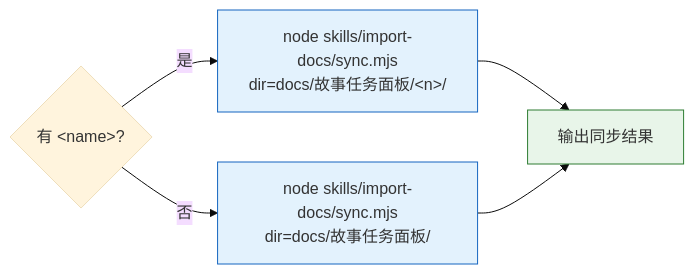
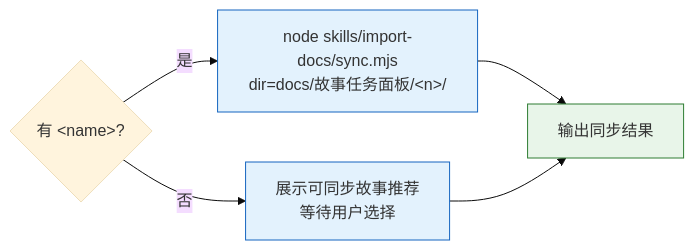
Before and after one commit to effiy/YrY: the eighth of 12 diagrams in skills/rui-story/SKILL.md, drawn with Mermaid (base theme). The commit also changed other lines of this file and 6 other files, not shown here.

````diff
--- a/skills/rui-story/SKILL.md
+++ b/skills/rui-story/SKILL.md
@@ -240,10 +216,10 @@
 ```mermaid
 flowchart LR
     Q{"有 &lt;name&gt;?"} -->|"是"| SCOPED["node skills/import-docs/sync.mjs<br/>dir=docs/故事任务面板/&lt;n&gt;/"]:::op
-    Q -->|"否"| ALL["node skills/import-docs/sync.mjs<br/>dir=docs/故事任务面板/"]:::op
+    Q -->|"否"| RECOMMEND["展示可同步故事推荐<br/>等待用户选择"]:::op
     SCOPED --> OUT["输出同步结果"]:::out
-    ALL --> OUT
+    RECOMMEND --> OUT
 
     classDef op fill:#e3f2fd,stroke:#1565c0;
     classDef out fill:#e8f5e9,stroke:#2e7d32;
 ```
````
